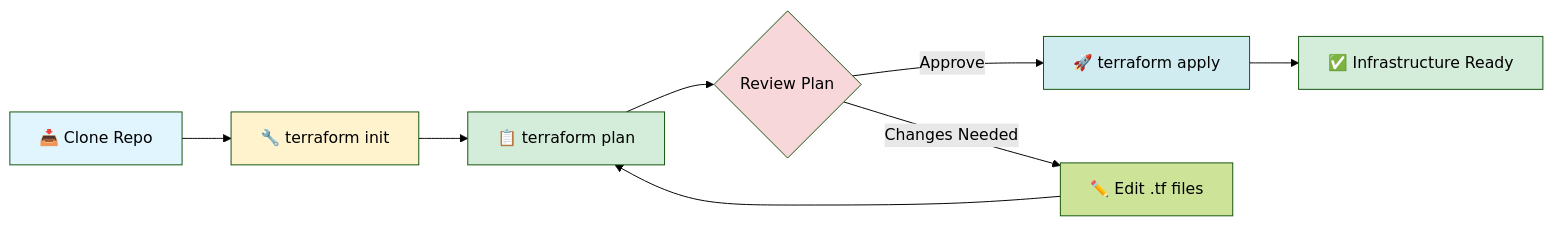
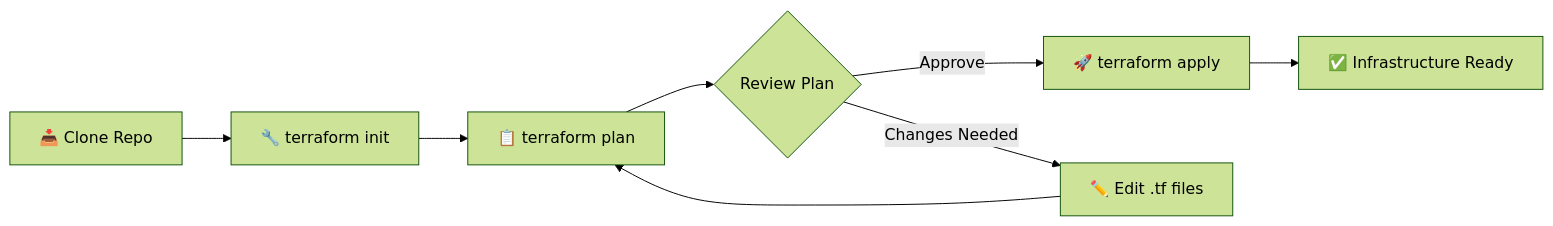
The second of 2 diagrams in README.md (sujalkamanna/terraform-project), drawn with Mermaid (forest theme) before and after one commit. The commit also changed other lines of this file, not shown here.

````diff
--- a/README.md
+++ b/README.md
@@ -277,17 +269,11 @@
 ```mermaid
 graph LR
     A[📥 Clone Repo] --> B[🔧 terraform init]
     B --> C[📋 terraform plan]
     C --> D{Review Plan}
     D -->|Approve| E[🚀 terraform apply]
     D -->|Changes Needed| F[✏️ Edit .tf files]
     F --> C
     E --> G[✅ Infrastructure Ready]
-    
-    style A fill:#e1f5ff
-    style B fill:#fff3cd
-    style C fill:#d4edda
-    style D fill:#f8d7da
-    style E fill:#d1ecf1
-    style G fill:#d4edda
+
 ```
````
